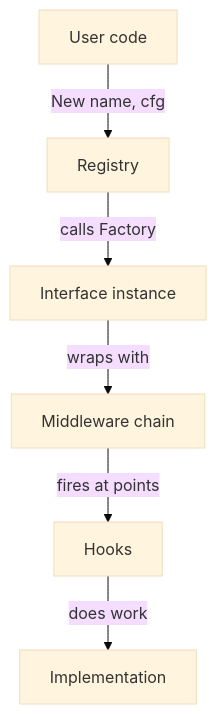
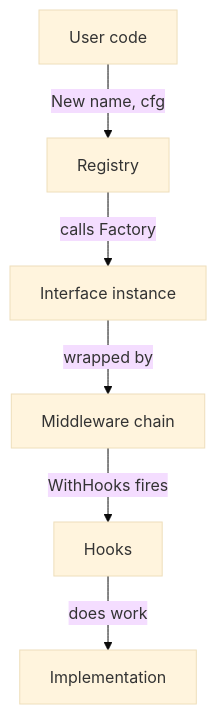
One commit to lookatitude/beluga-ai changed the fourth of 4 diagrams in docs/architecture/03-extensibility-patterns.md. Above: the diagram before and after it, drawn with Mermaid (base theme). The commit also changed other lines of this file and 109 other files, not shown here.

````diff
--- a/docs/architecture/03-extensibility-patterns.md
+++ b/docs/architecture/03-extensibility-patterns.md
@@ -248,8 +255,8 @@
 ```mermaid
 graph TD
   U[User code] -->|New name, cfg| Reg[Registry]
   Reg -->|calls Factory| I[Interface instance]
-  I -->|wraps with| MW[Middleware chain]
-  MW -->|fires at points| H[Hooks]
+  I -->|wrapped by| MW[Middleware chain]
+  MW -->|WithHooks fires| H[Hooks]
   H -->|does work| Work[Implementation]
 ```
````
